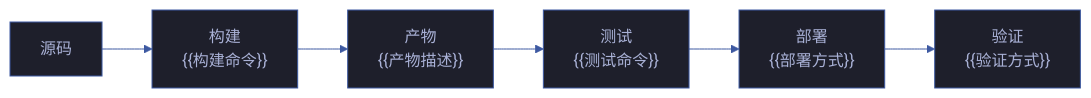
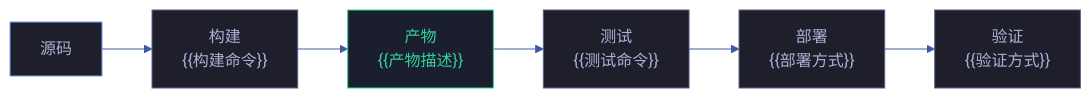
The first of 3 diagrams in templates/故事任务/场景-5-<slug>.md (effiy/YrY), drawn with Mermaid before and after one commit. The commit also changed other lines of this file and 11 other files, not shown here.

````diff
--- a/templates/故事任务/场景-5-<slug>.md
+++ b/templates/故事任务/场景-5-<slug>.md
@@ -31,16 +42,20 @@
 ```mermaid
 %%{init: {'theme': 'base', 'themeVariables': {
   'primaryColor': '#1e1f2b',
   'primaryTextColor': '#a9b1d6',
   'primaryBorderColor': '#3d59a1',
   'lineColor': '#3d59a1',
   'secondaryColor': '#2b2d3b',
   'tertiaryColor': '#21232f'
 }}}%%
 flowchart LR
-    SRC["源码"]:::src --> BUILD["构建<br/>{{构建命令}}"]:::op
-    BUILD --> ARTIFACT["产物<br/>{{产物描述}}"]:::artifact
-    ARTIFACT --> TEST["测试<br/>{{测试命令}}"]:::op
-    TEST --> DEPLOY["部署<br/>{{部署方式}}"]:::op
-    DEPLOY --> VERIFY["验证<br/>{{验证方式}}"]:::op
+    SRC["源码"]:::src --> BUILD["构建\n{{构建命令}}"]:::op
+    BUILD --> ARTIFACT["产物\n{{产物描述}}"]:::artifact
+    ARTIFACT --> TEST["测试\n{{测试命令}}"]:::op
+    TEST --> DEPLOY["部署\n{{部署方式}}"]:::op
+    DEPLOY --> VERIFY["验证\n{{验证方式}}"]:::op
+
+    classDef src fill:#1e1f2b,stroke:#7aa2f7,color:#a9b1d6
+    classDef op fill:#1e1f2b,stroke:#565f89,color:#a9b1d6
+    classDef artifact fill:#1b1e2e,stroke:#34d399,color:#34d399
 ```
````
